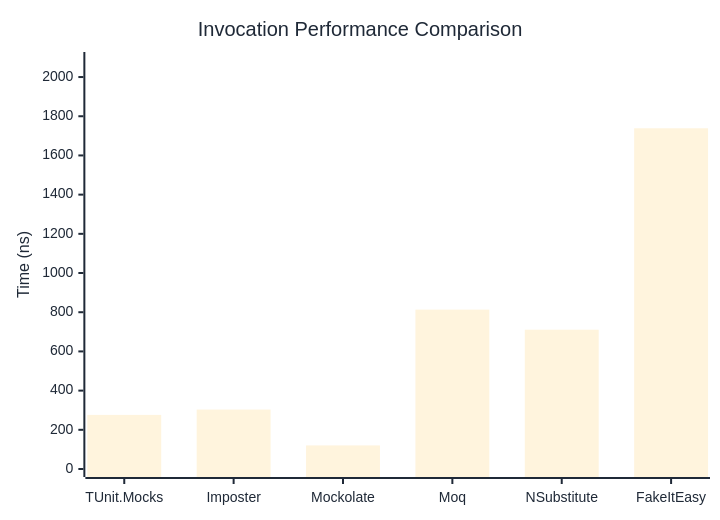
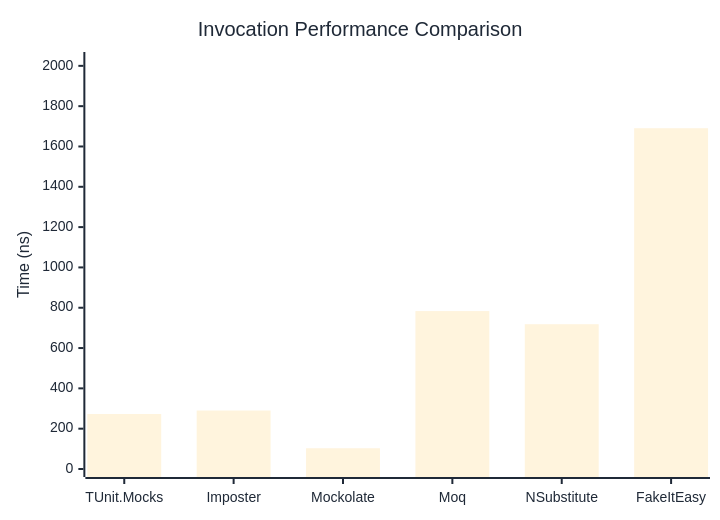
One commit to thomhurst/TUnit changed the first of 3 diagrams in docs/docs/benchmarks/mocks/Invocation.md. Above: the diagram before and after it, drawn with Mermaid. The commit also changed other lines of this file and 14 other files, not shown here.

````diff
--- a/docs/docs/benchmarks/mocks/Invocation.md
+++ b/docs/docs/benchmarks/mocks/Invocation.md
@@ -30,27 +30,27 @@
 ```mermaid
 %%{init: {
   'theme':'base',
   'themeVariables': {
     'primaryColor': '#2563eb',
     'primaryTextColor': '#1f2937',
     'primaryBorderColor': '#1e40af',
     'lineColor': '#6b7280',
     'secondaryColor': '#7c3aed',
     'tertiaryColor': '#dc2626',
     'background': '#ffffff',
     'pie1': '#2563eb',
     'pie2': '#7c3aed',
     'pie3': '#dc2626',
     'pie4': '#f59e0b',
     'pie5': '#10b981',
     'pie6': '#06b6d4',
     'pie7': '#ec4899',
     'pie8': '#6366f1'
   }
 }}%%
 xychart-beta
   title "Invocation Performance Comparison"
   x-axis ["TUnit.Mocks", "Imposter", "Mockolate", "Moq", "NSubstitute", "FakeItEasy"]
-  y-axis "Time (ns)" 0 --> 2087
-  bar [276.11, 303.36, 120.36, 813.27, 710.74, 1738.63]
+  y-axis "Time (ns)" 0 --> 2029
+  bar [272.86, 289.99, 102.96, 783.4, 718.18, 1690.6]
 ```
````
